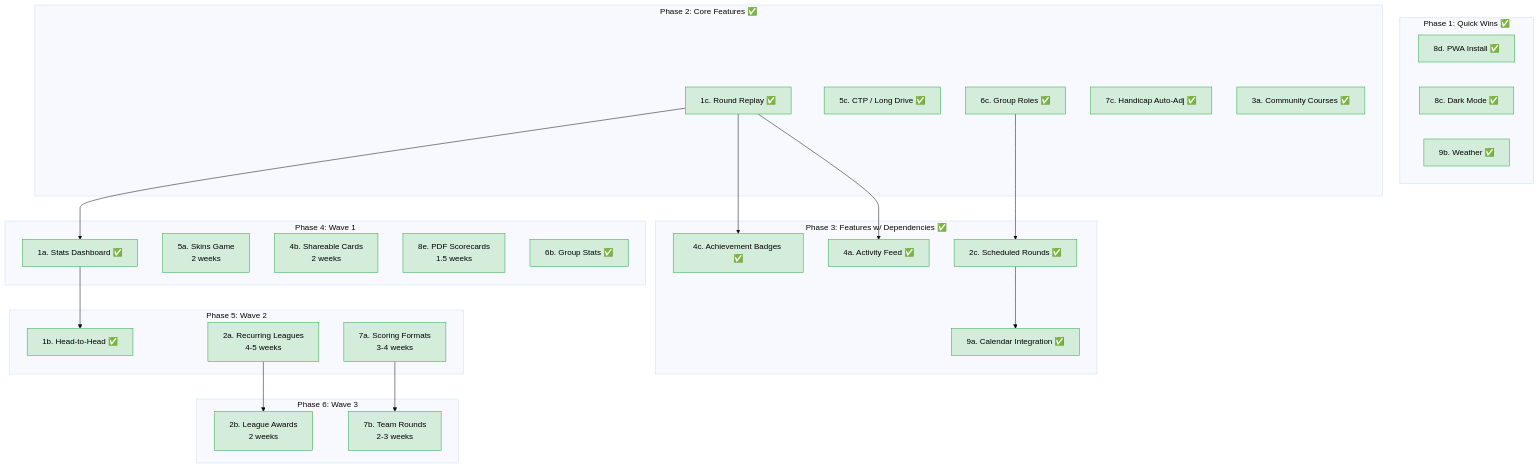
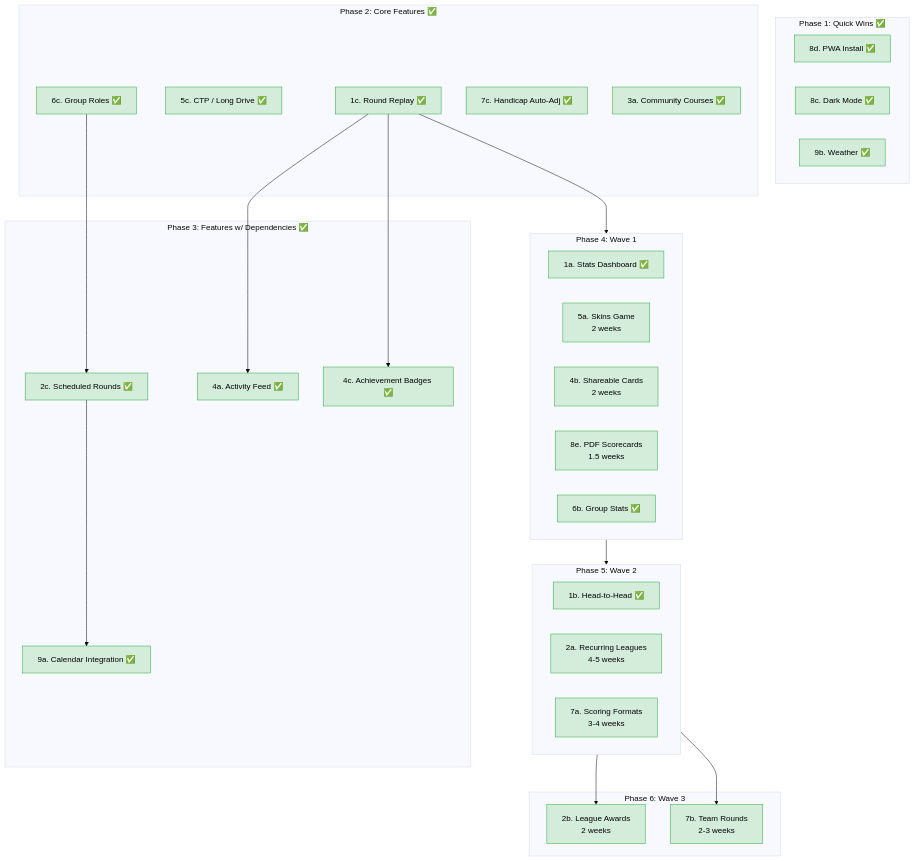
The first of 2 diagrams in docs/roadmap.md (Lachy-Dauth/dad-golf), drawn with Mermaid (base theme) before and after one commit. The commit also changed other lines of this file and 15 other files, not shown here.

````diff
--- a/docs/roadmap.md
+++ b/docs/roadmap.md
@@ -12,59 +12,61 @@
 ```mermaid
 flowchart TD
     subgraph phase1["Phase 1: Quick Wins ✅"]
         direction LR
         P1B["8d. PWA Install ✅"]
         P1C["8c. Dark Mode ✅"]
         P1D["9b. Weather ✅"]
     end
 
     subgraph phase2["Phase 2: Core Features ✅"]
         P2A["1c. Round Replay ✅"]
         P2B["5c. CTP / Long Drive ✅"]
         P2D["6c. Group Roles ✅"]
         P2E["7c. Handicap Auto-Adj ✅"]
         P2F["3a. Community Courses ✅"]
     end
 
     subgraph phase3["Phase 3: Features w/ Dependencies ✅"]
         P3B["2c. Scheduled Rounds ✅"]
         P3C["9a. Calendar Integration ✅"]
         P3D["4a. Activity Feed ✅"]
         P3E["4c. Achievement Badges ✅"]
     end
 
     subgraph phase4["Phase 4: Wave 1"]
+        direction LR
         P4A["1a. Stats Dashboard ✅"]
         P4B["5a. Skins Game\n2 weeks"]
         P4C["4b. Shareable Cards\n2 weeks"]
         P4D["8e. PDF Scorecards\n1.5 weeks"]
         P4E["6b. Group Stats ✅"]
     end
 
     subgraph phase5["Phase 5: Wave 2"]
+        direction LR
         P5A["1b. Head-to-Head ✅"]
         P5B["2a. Recurring Leagues\n4-5 weeks"]
         P5C["7a. Scoring Formats\n3-4 weeks"]
     end
 
     subgraph phase6["Phase 6: Wave 3"]
         P6A["2b. League Awards\n2 weeks"]
         P6B["7b. Team Rounds\n2-3 weeks"]
     end
 
     %% Dependencies
     P2D --> P3B
     P3B --> P3C
     P2A --> P3D
     P2A --> P3E
 
     P2A --> P4A
     P4A --> P5A
     P5B --> P6A
     P5C --> P6B
 
     %% Styling
     classDef free fill:#d4edda,stroke:#28a745,color:#000
 
     class P1B,P1C,P1D,P2A,P2B,P2D,P2E,P2F,P3B,P3C,P3D,P3E,P4A,P4B,P4C,P4D,P4E,P5A,P5B,P5C,P6A,P6B free
 ```
````
